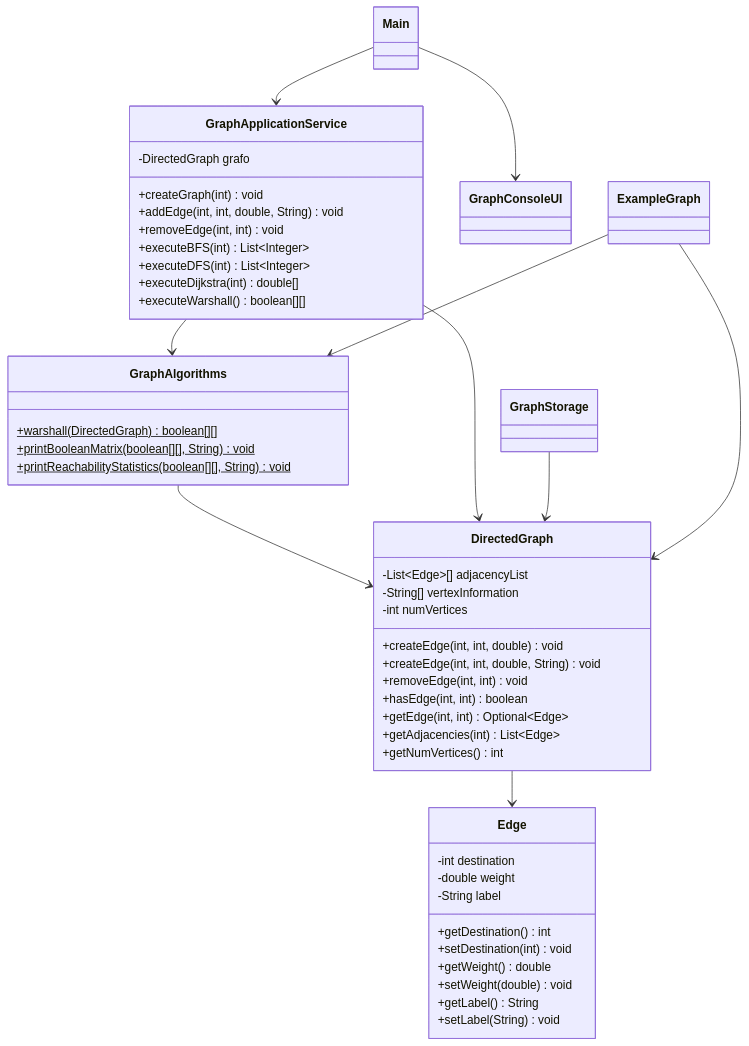
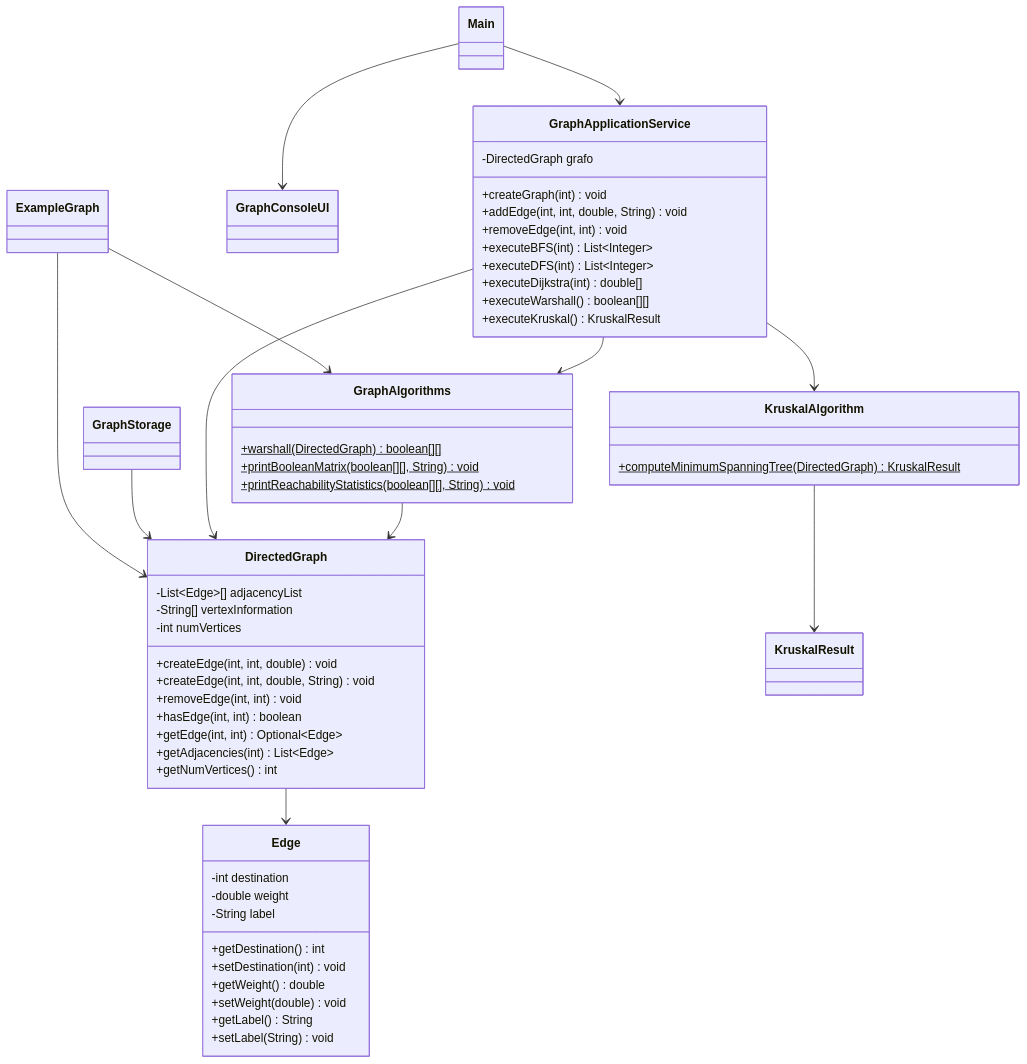
The diagram in docs/design.md (cyberfika/GraphTasksTDEs), drawn with Mermaid before and after one commit. The commit also changed other lines of this file and 14 other files, not shown here.

Commit message:
Add Curitiba walk graph, Kruskal algorithm, and related UI enhancements

````diff
--- a/docs/design.md
+++ b/docs/design.md
@@ -56,59 +57,68 @@
 ```mermaid
 classDiagram
     class Edge {
         -int destination
         -double weight
         -String label
         +getDestination() int
         +setDestination(int) void
         +getWeight() double
         +setWeight(double) void
         +getLabel() String
         +setLabel(String) void
     }
 
     class DirectedGraph {
         -List~Edge~[] adjacencyList
         -String[] vertexInformation
         -int numVertices
         +createEdge(int, int, double) void
         +createEdge(int, int, double, String) void
         +removeEdge(int, int) void
         +hasEdge(int, int) boolean
         +getEdge(int, int) Optional~Edge~
         +getAdjacencies(int) List~Edge~
         +getNumVertices() int
     }
 
     class GraphAlgorithms {
         +warshall(DirectedGraph) boolean[][]$
         +printBooleanMatrix(boolean[][], String) void$
         +printReachabilityStatistics(boolean[][], String) void$
     }
 
+    class KruskalAlgorithm {
+        +computeMinimumSpanningTree(DirectedGraph) KruskalResult$
+    }
+
+    class KruskalResult
+
     class GraphApplicationService {
         -DirectedGraph grafo
         +createGraph(int) void
         +addEdge(int, int, double, String) void
         +removeEdge(int, int) void
         +executeBFS(int) List~Integer~
         +executeDFS(int) List~Integer~
         +executeDijkstra(int) double[]
         +executeWarshall() boolean[][]
+        +executeKruskal() KruskalResult
     }
 
     class GraphConsoleUI
     class GraphStorage
     class Main
     class ExampleGraph
 
     DirectedGraph --> Edge
     GraphAlgorithms --> DirectedGraph
     GraphApplicationService --> DirectedGraph
     GraphApplicationService --> GraphAlgorithms
+    GraphApplicationService --> KruskalAlgorithm
+    KruskalAlgorithm --> KruskalResult
     GraphStorage --> DirectedGraph
     Main --> GraphApplicationService
     Main --> GraphConsoleUI
     ExampleGraph --> DirectedGraph
     ExampleGraph --> GraphAlgorithms
 ```
````
